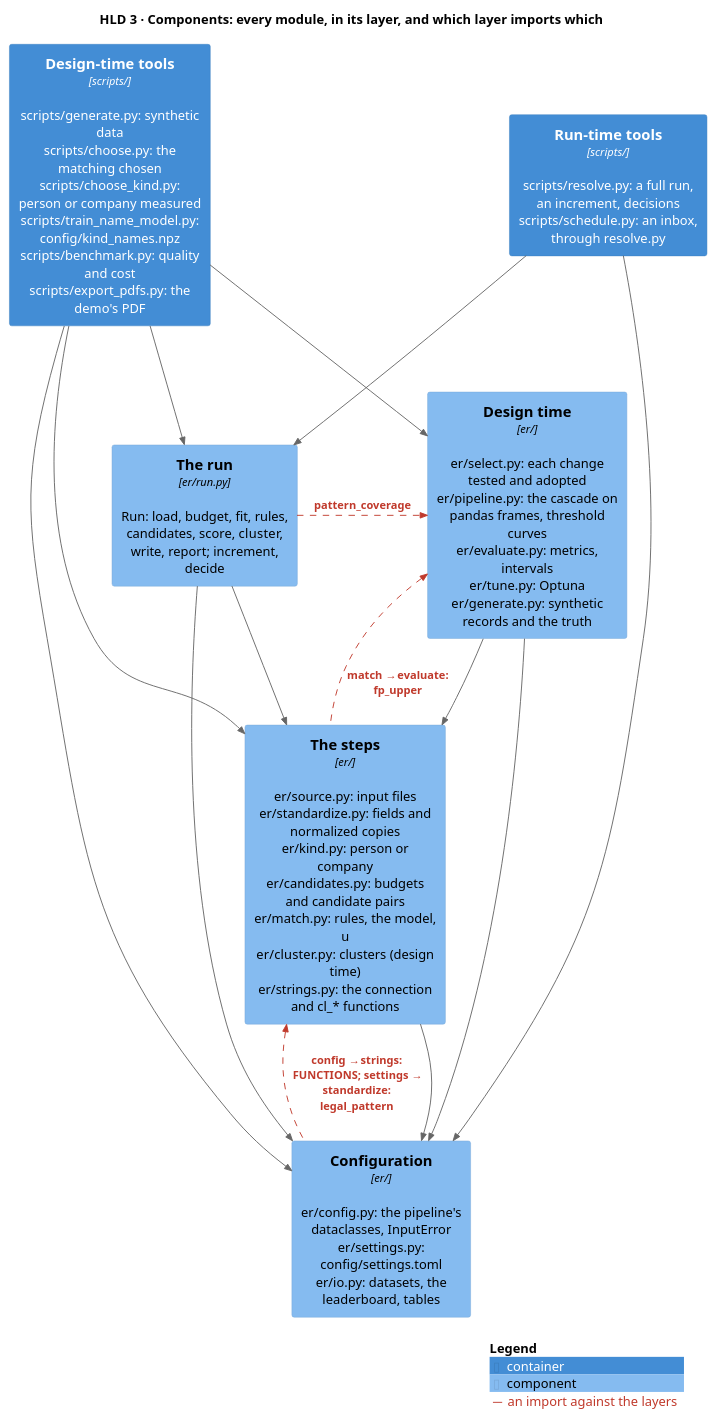
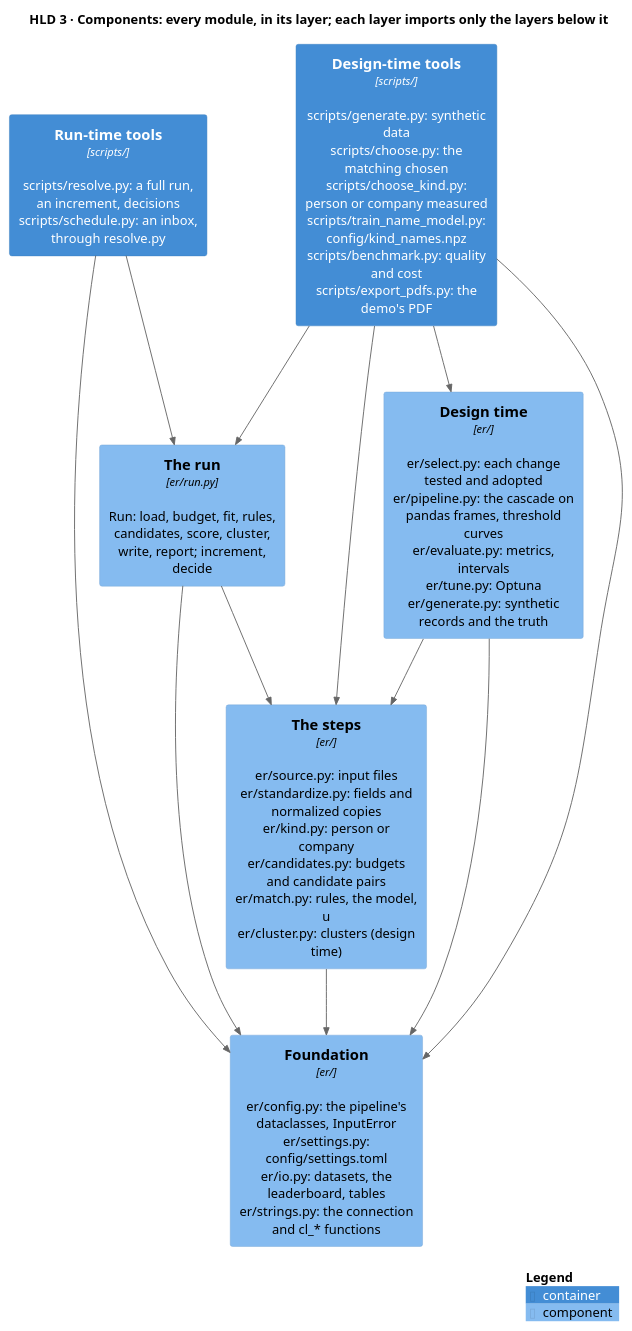
The diagram in docs/diagrams/components.puml (mvsbm/entity_matching), drawn with PlantUML before and after one commit. The commit also changed 16 other files, not shown here.

First line of the commit message:
Each layer imports only the layers below it

```diff
--- a/docs/diagrams/components.puml
+++ b/docs/diagrams/components.puml
@@ -1,32 +1,28 @@
 @startuml components
 !include <C4/C4_Component>
 LAYOUT_TOP_DOWN()
 HIDE_STEREOTYPE()
-title HLD 3 · Components: every module, in its layer, and which layer imports which
-AddRelTag("against", $lineColor="#C0392B", $textColor="#C0392B", $lineStyle=DashedLine(), $legendText="an import against the layers")
+title HLD 3 · Components: every module, in its layer; each layer imports only the layers below it
 
 Container(tools_run, "Run-time tools", "scripts/", "scripts/resolve.py: a full run, an increment, decisions\nscripts/schedule.py: an inbox, through resolve.py")
 Container(tools_design, "Design-time tools", "scripts/", "scripts/generate.py: synthetic data\nscripts/choose.py: the matching chosen\nscripts/choose_kind.py: person or company measured\nscripts/train_name_model.py: config/kind_names.npz\nscripts/benchmark.py: quality and cost\nscripts/export_pdfs.py: the demo's PDF")
 
 Component(run, "The run", "er/run.py", "Run: load, budget, fit, rules, candidates, score, cluster, write, report; increment, decide")
 Component(design, "Design time", "er/", "er/select.py: each change tested and adopted\ner/pipeline.py: the cascade on pandas frames, threshold curves\ner/evaluate.py: metrics, intervals\ner/tune.py: Optuna\ner/generate.py: synthetic records and the truth")
-Component(steps, "The steps", "er/", "er/source.py: input files\ner/standardize.py: fields and normalized copies\ner/kind.py: person or company\ner/candidates.py: budgets and candidate pairs\ner/match.py: rules, the model, u\ner/cluster.py: clusters (design time)\ner/strings.py: the connection and cl_* functions")
-Component(configuration, "Configuration", "er/", "er/config.py: the pipeline's dataclasses, InputError\ner/settings.py: config/settings.toml\ner/io.py: datasets, the leaderboard, tables")
+Component(steps, "The steps", "er/", "er/source.py: input files\ner/standardize.py: fields and normalized copies\ner/kind.py: person or company\ner/candidates.py: budgets and candidate pairs\ner/match.py: rules, the model, u\ner/cluster.py: clusters (design time)")
+Component(configuration, "Foundation", "er/", "er/config.py: the pipeline's dataclasses, InputError\ner/settings.py: config/settings.toml\ner/io.py: datasets, the leaderboard, tables\ner/strings.py: the connection and cl_* functions")
 
 Rel_D(tools_run, run, "")
 Rel_D(tools_run, configuration, "")
 Rel_D(tools_design, run, "")
 Rel_D(tools_design, design, "")
 Rel_D(tools_design, steps, "")
 Rel_D(tools_design, configuration, "")
 Rel_D(run, steps, "")
 Rel_D(run, configuration, "")
 Rel_D(design, steps, "")
 Rel_D(design, configuration, "")
 Rel_D(steps, configuration, "")
-Rel_R(run, design, "pattern_coverage", $tags="against")
-Rel_U(steps, design, "match → evaluate: fp_upper", $tags="against")
-Rel_U(configuration, steps, "config → strings: FUNCTIONS; settings → standardize: legal_pattern", $tags="against")
 
 SHOW_LEGEND()
 @enduml
```
